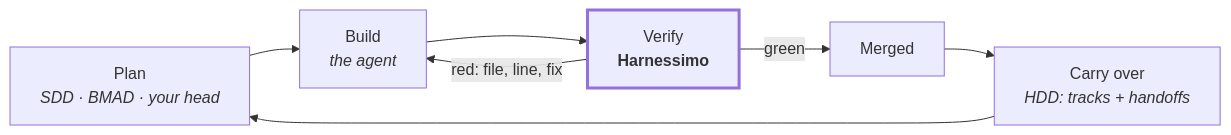
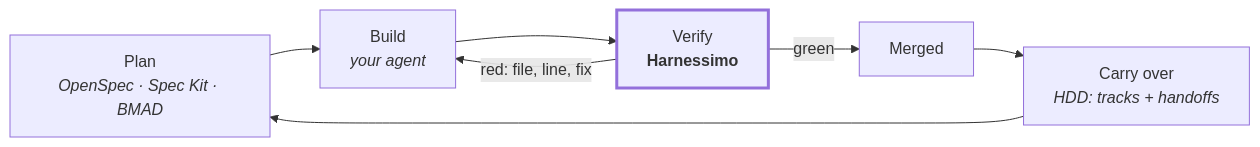
The diagram in docs/METHODS.md (atamaniuc/Harnessimo), drawn with Mermaid before and after one commit. The commit also changed other lines of this file and 5 other files, not shown here.

````diff
--- a/docs/METHODS.md
+++ b/docs/METHODS.md
@@ -7,11 +12,11 @@
 ```mermaid
 flowchart LR
-    P["Plan<br/><i>SDD · BMAD · your head</i>"] --> B["Build<br/><i>the agent</i>"]
+    P["Plan<br/><i>OpenSpec · Spec Kit · BMAD</i>"] --> B["Build<br/><i>your agent</i>"]
     B --> V["Verify<br/><b>Harnessimo</b>"]
     V -->|"green"| D["Merged"]
     V -->|"red: file, line, fix"| B
     D --> H["Carry over<br/><i>HDD: tracks + handoffs</i>"]
     H --> P
 
     style V stroke-width:3px
 ```
````
